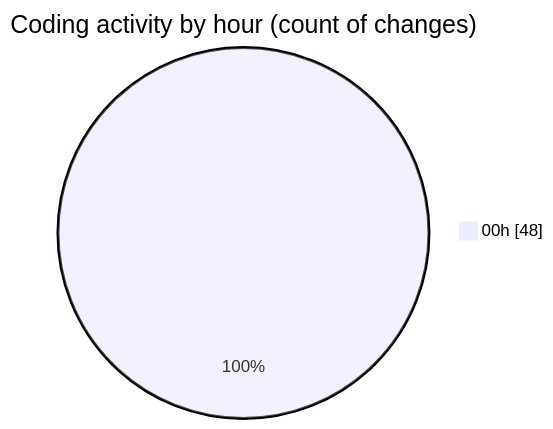
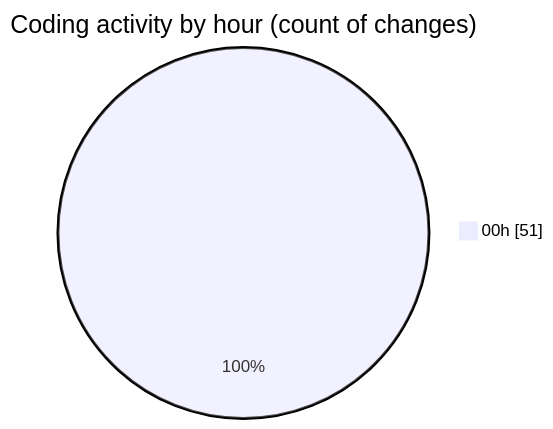
One commit to lephambinh05/code-tracking changed the second of 2 diagrams in 2025-08-16/rentotp/README.md. Above: the diagram before and after it, drawn with Mermaid. The commit also changed other lines of this file and 1 other file, not shown here.

````diff
--- a/2025-08-16/rentotp/README.md
+++ b/2025-08-16/rentotp/README.md
@@ -42,5 +42,5 @@
 ```mermaid
 pie showData
 title Coding activity by hour (count of changes)
-"00h" : 48
+"00h" : 51
 ```
````
